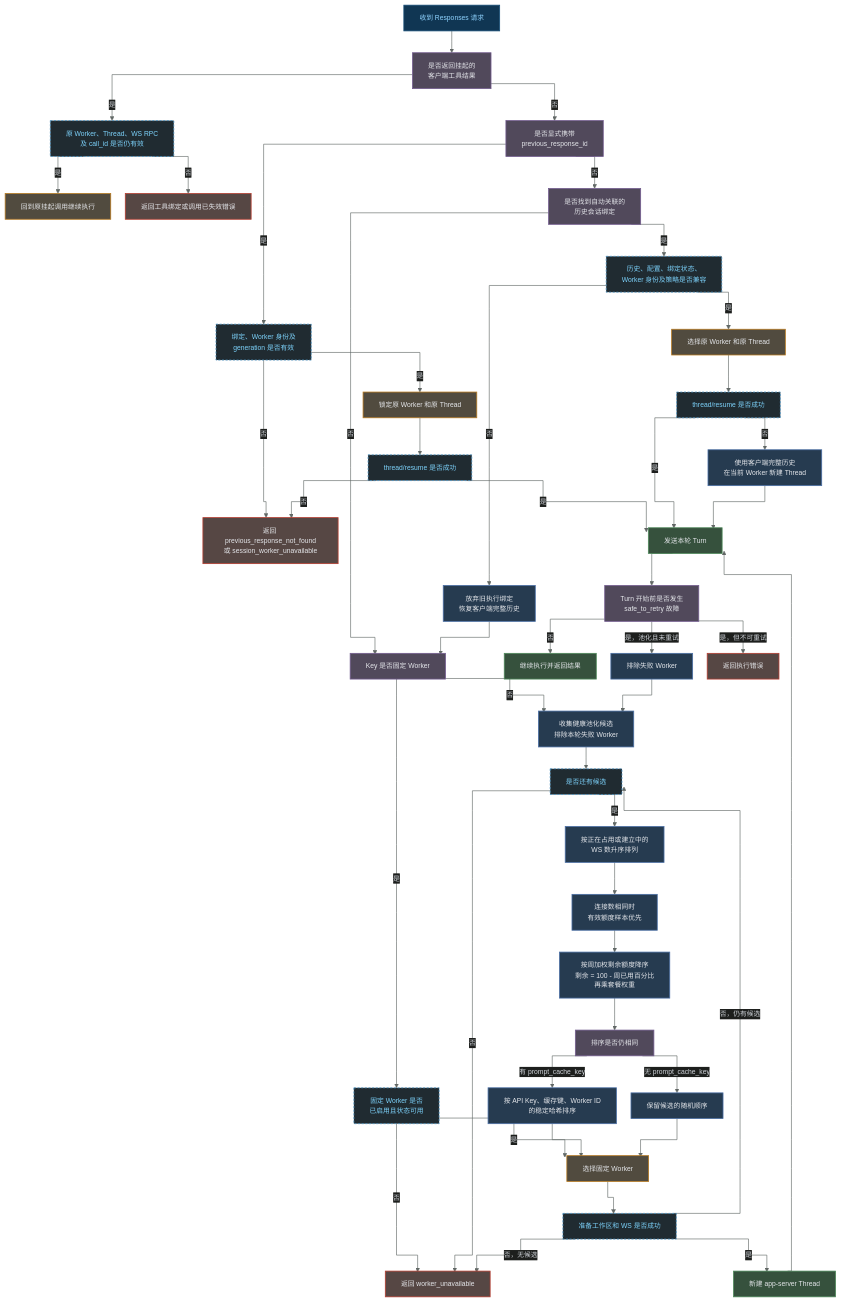
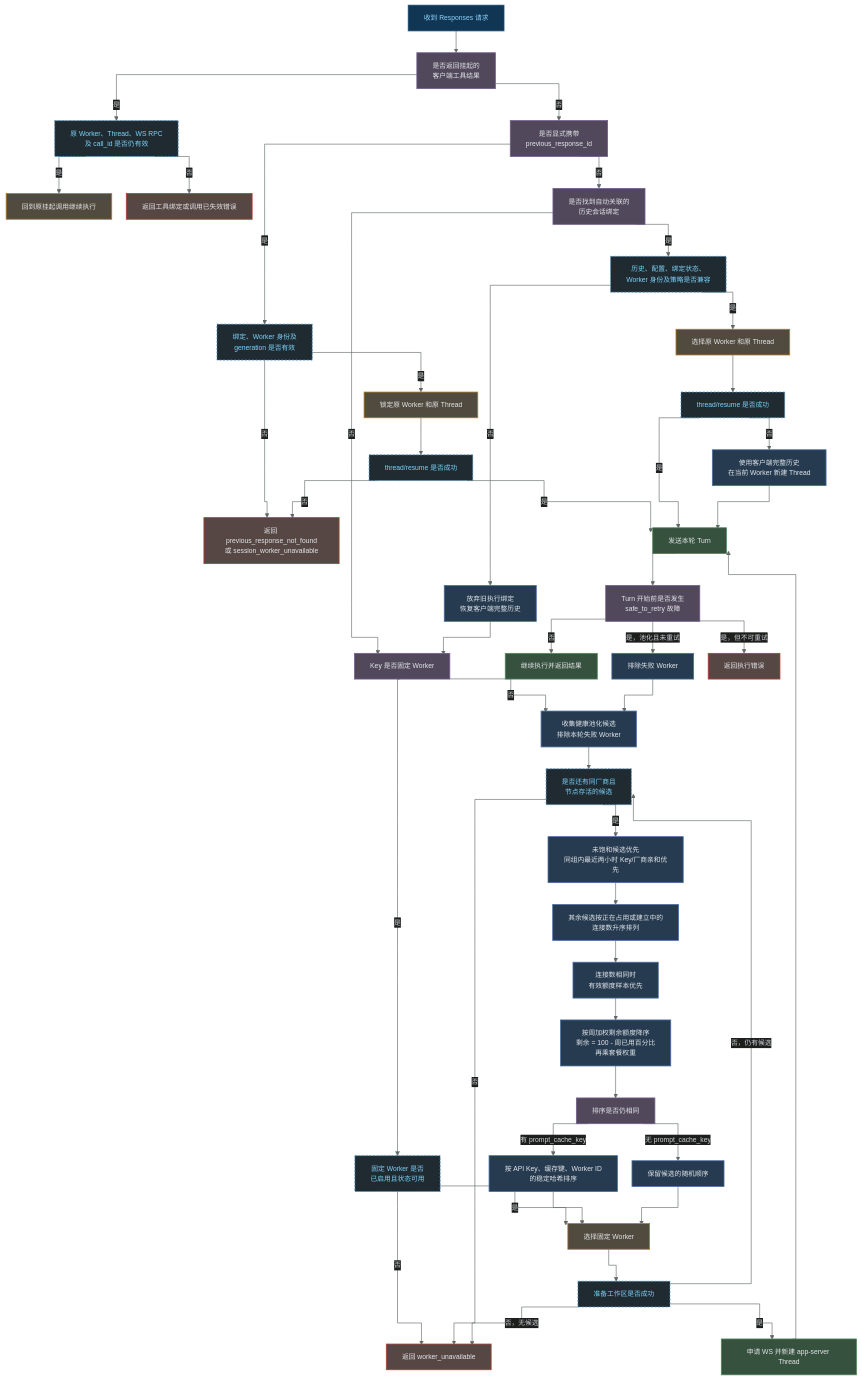
The diagram in docs/路由逻辑.md (ytlzq0228/codex-app-server), drawn with Mermaid before and after one commit. The commit also changed other lines of this file, not shown here.

````diff
--- a/docs/路由逻辑.md
+++ b/docs/路由逻辑.md
@@ -7,72 +9,73 @@
 ```mermaid
 %%{init: {"theme":"base","flowchart":{"curve":"stepAfter","nodeSpacing":28,"rankSpacing":42,"htmlLabels":true},"themeVariables":{"background":"#1d1f1d","primaryTextColor":"#d1d5db","lineColor":"#6b7280","edgeLabelBackground":"#1d1f1d","fontFamily":"Arial, sans-serif","fontSize":"13px"},"themeCSS":".node rect { rx: 8px; ry: 8px; } .edgeLabel p { background-color: #1d1f1d; color: #8fd3ff; border: 1px solid #4b95c4; border-radius: 10px; padding: 1px 5px; }"}}%%
 flowchart TD
     A[收到 Responses 请求] --> B[是否返回挂起的<br/>客户端工具结果]
 
     B -- 是 --> B1[原 Worker、Thread、WS RPC<br/>及 call_id 是否仍有效]
     B1 -- 是 --> B2[回到原挂起调用继续执行]
     B1 -- 否 --> E1[返回工具绑定或调用已失效错误]
 
     B -- 否 --> C[是否显式携带<br/>previous_response_id]
     C -- 是 --> C1[绑定、Worker 身份及<br/>generation 是否有效]
     C1 -- 否 --> E2[返回 previous_response_not_found<br/>或 session_worker_unavailable]
     C1 -- 是 --> C2[锁定原 Worker 和原 Thread]
     C2 --> T2[thread/resume 是否成功]
     T2 -- 是 --> X[发送本轮 Turn]
     T2 -- 否 --> E2
 
     C -- 否 --> D[是否找到自动关联的<br/>历史会话绑定]
     D -- 是 --> D1[历史、配置、绑定状态、<br/>Worker 身份及策略是否兼容]
     D1 -- 是 --> D2[选择原 Worker 和原 Thread]
     D2 --> T4[thread/resume 是否成功]
     T4 -- 是 --> X
     T4 -- 否 --> D3[使用客户端完整历史<br/>在当前 Worker 新建 Thread]
     D3 --> X
     D1 -- 否 --> D4[放弃旧执行绑定<br/>恢复客户端完整历史]
 
     D -- 否 --> F[Key 是否固定 Worker]
     D4 --> F
     F -- 是 --> F1[固定 Worker 是否<br/>已启用且状态可用]
     F1 -- 否 --> E3[返回 worker_unavailable]
     F1 -- 是 --> W[选择固定 Worker]
 
     F -- 否 --> G[收集健康池化候选<br/>排除本轮失败 Worker]
-    G --> G1[是否还有候选]
+    G --> G1[是否还有同厂商且<br/>节点存活的候选]
     G1 -- 否 --> E3
-    G1 -- 是 --> G2[按正在占用或建立中的<br/>WS 数升序排列]
+    G1 -- 是 --> G0[未饱和候选优先<br/>同组内最近两小时 Key/厂商亲和优先]
+    G0 --> G2[其余候选按正在占用或建立中的<br/>连接数升序排列]
     G2 --> G3[连接数相同时<br/>有效额度样本优先]
     G3 --> G4[按周加权剩余额度降序<br/>剩余 = 100 - 周已用百分比<br/>再乘套餐权重]
     G4 --> G5[排序是否仍相同]
     G5 -- 有 prompt_cache_key --> G6[按 API Key、缓存键、Worker ID<br/>的稳定哈希排序]
     G5 -- 无 prompt_cache_key --> G7[保留候选的随机顺序]
     G6 --> W
     G7 --> W
 
-    W --> H[准备工作区和 WS 是否成功]
+    W --> H[准备工作区是否成功]
     H -- 否，仍有候选 --> G1
     H -- 否，无候选 --> E3
-    H -- 是 --> I[新建 app-server Thread]
+    H -- 是 --> I[申请 WS 并新建 app-server Thread]
     I --> X
 
     X --> Y[Turn 开始前是否发生<br/>safe_to_retry 故障]
     Y -- 否 --> Z[继续执行并返回结果]
     Y -- 是，池化且未重试 --> Y1[排除失败 Worker]
     Y1 --> G
     Y -- 是，但不可重试 --> E4[返回执行错误]
 
     classDef start fill:#103653,stroke:#174f78,color:#8fd3ff,stroke-width:1.5px;
     classDef decision fill:#51495b,stroke:#735c8f,color:#e5e7eb,stroke-width:1.5px;
     classDef validation fill:#202b31,stroke:#4b95c4,color:#7dd3fc,stroke-width:1.5px,stroke-dasharray:4 3;
     classDef binding fill:#514b3f,stroke:#b7791f,color:#e5e7eb,stroke-width:1.5px;
     classDef route fill:#263b50,stroke:#4a6fa5,color:#e5e7eb,stroke-width:1.5px;
     classDef execution fill:#36513d,stroke:#4f8a5b,color:#e5e7eb,stroke-width:1.5px;
     classDef error fill:#564744,stroke:#b63c2f,color:#e5e7eb,stroke-width:1.5px;
     class A start;
     class B1,C1,T2,D1,T4,F1,G1,H validation;
     class B,C,D,F,G5,Y decision;
     class B2,C2,D2,W binding;
-    class D3,D4,G,G2,G3,G4,G6,G7,Y1 route;
+    class D3,D4,G,G0,G2,G3,G4,G6,G7,Y1 route;
     class I,X,Z execution;
     class E1,E2,E3,E4 error;
     linkStyle default stroke:#626866,stroke-width:1.2px;
 ```
````
